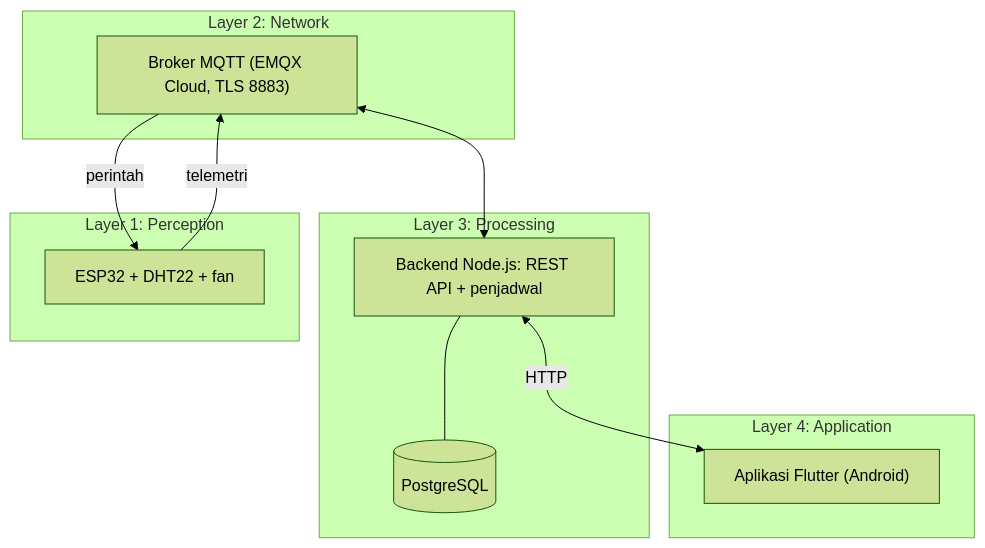
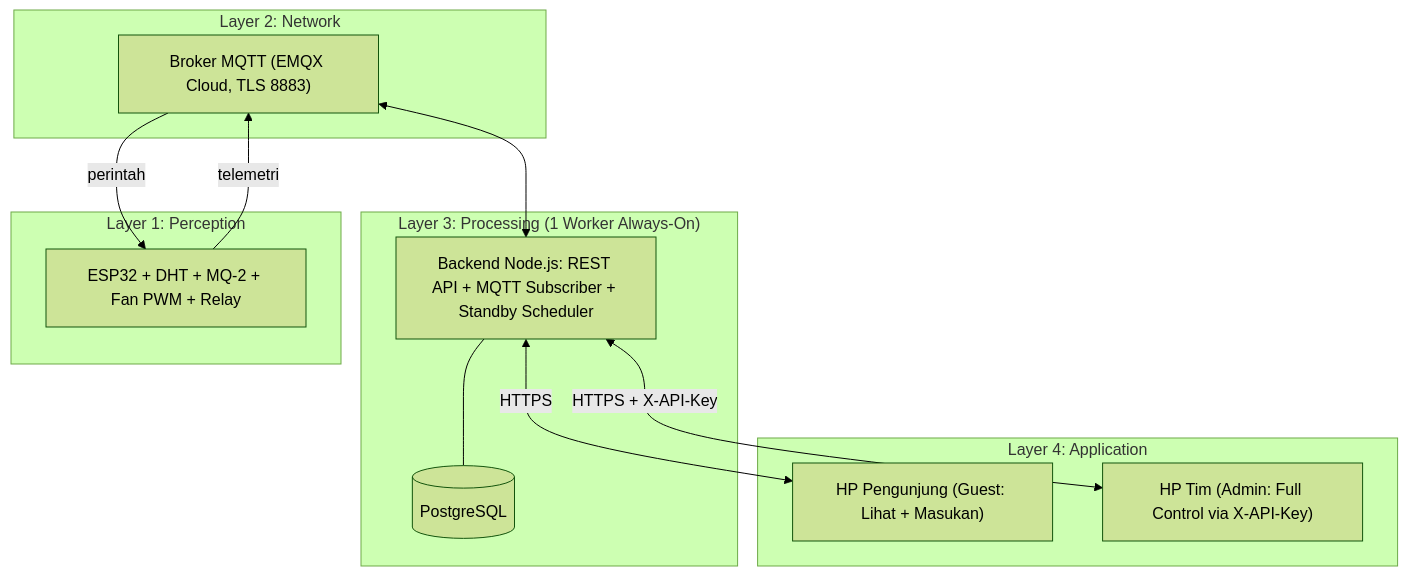
One commit to anubluskrin/smart-exhaus-fan changed the diagram in README.md. Above: the diagram before and after it, drawn with Mermaid (forest theme). The commit also changed other lines of this file and 2 other files, not shown here.

Commit message:
docs: document bazar Guest vs Admin contract, how-to-run, and Vercel vs PaaS deploy

````diff
--- a/README.md
+++ b/README.md
@@ -42,21 +45,23 @@
 ```mermaid
 flowchart TB
   subgraph L4["Layer 4: Application"]
-    APP["Aplikasi Flutter (Android)"]
+    GUEST["HP Pengunjung (Guest: Lihat + Masukan)"]
+    ADMIN["HP Tim (Admin: Full Control via X-API-Key)"]
   end
-  subgraph L3["Layer 3: Processing"]
-    API["Backend Node.js: REST API + penjadwal"]
+  subgraph L3["Layer 3: Processing (1 Worker Always-On)"]
+    API["Backend Node.js: REST API + MQTT Subscriber + Standby Scheduler"]
     DB[("PostgreSQL")]
     API --- DB
   end
   subgraph L2["Layer 2: Network"]
     MQ["Broker MQTT (EMQX Cloud, TLS 8883)"]
   end
   subgraph L1["Layer 1: Perception"]
-    ESP["ESP32 + DHT22 + fan"]
+    ESP["ESP32 + DHT + MQ-2 + Fan PWM + Relay"]
   end
   ESP -- "telemetri" --> MQ
   MQ -- "perintah" --> ESP
   MQ <--> API
-  API <-- "HTTP" --> APP
+  API <-- "HTTPS" --> GUEST
+  API <-- "HTTPS + X-API-Key" --> ADMIN
 ```
````
